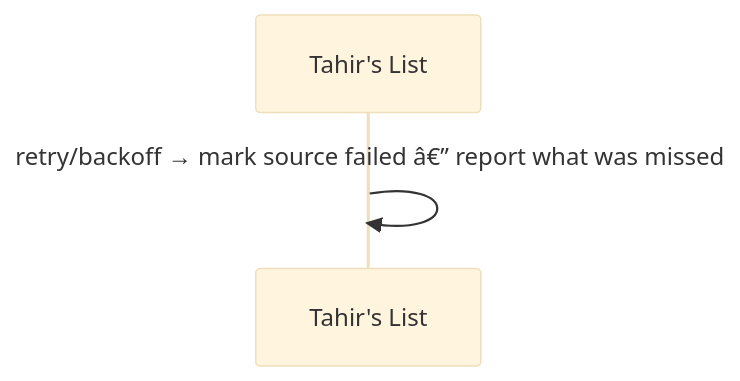
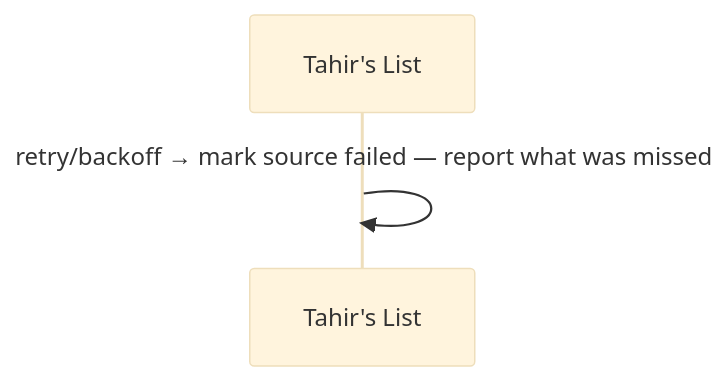
The sixth of 10 diagrams in docs/features/SC-211/04-blackbox/UC-01-run-sample-directory-ingestion.md (Losers-Lab/tahirs-list), drawn with Mermaid (base theme) before and after one commit. The commit also changed other lines of this file and 12 other files, not shown here.

````diff
--- a/docs/features/SC-211/04-blackbox/UC-01-run-sample-directory-ingestion.md
+++ b/docs/features/SC-211/04-blackbox/UC-01-run-sample-directory-ingestion.md
@@ -54,5 +54,5 @@
 ```mermaid
 sequenceDiagram
   participant TL as Tahir's List
-  TL->>TL: retry/backoff → mark source failed â€” report what was missed
+  TL->>TL: retry/backoff → mark source failed — report what was missed
 ```
````
